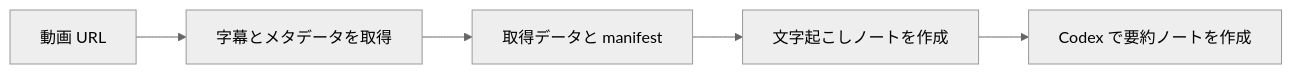
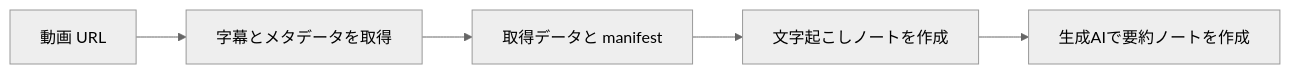
The first of 5 diagrams in README.md (tuckn/tkn_youtube_note_pipeline), drawn with Mermaid (neutral theme) before and after one commit. The commit also changed other lines of this file and 19 other files, not shown here.

````diff
--- a/README.md
+++ b/README.md
@@ -38,7 +38,7 @@
 ```mermaid
 flowchart LR
     URL["動画 URL"] --> Acquire["字幕とメタデータを取得"]
     Acquire --> Raw["取得データと manifest"]
     Raw --> Source["文字起こしノートを作成"]
-    Source --> Summary["Codex で要約ノートを作成"]
+    Source --> Summary["生成AIで要約ノートを作成"]
 ```
````
